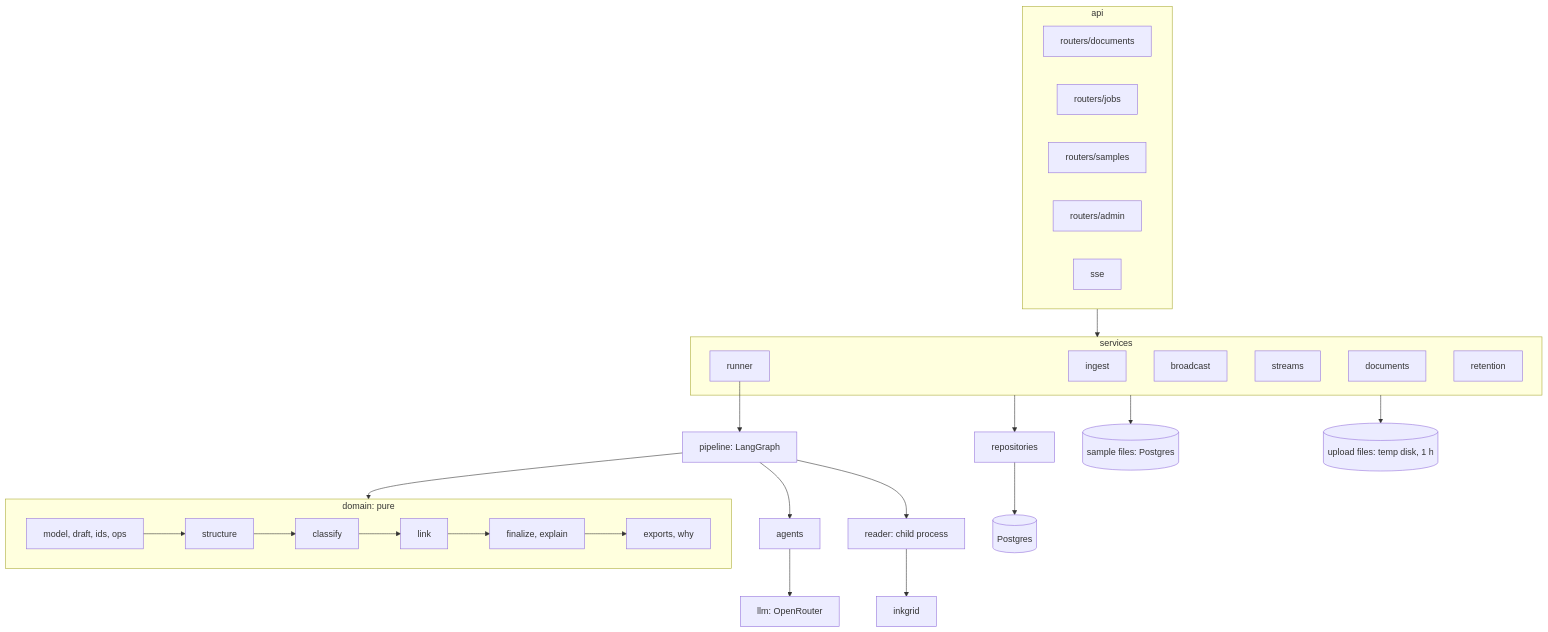
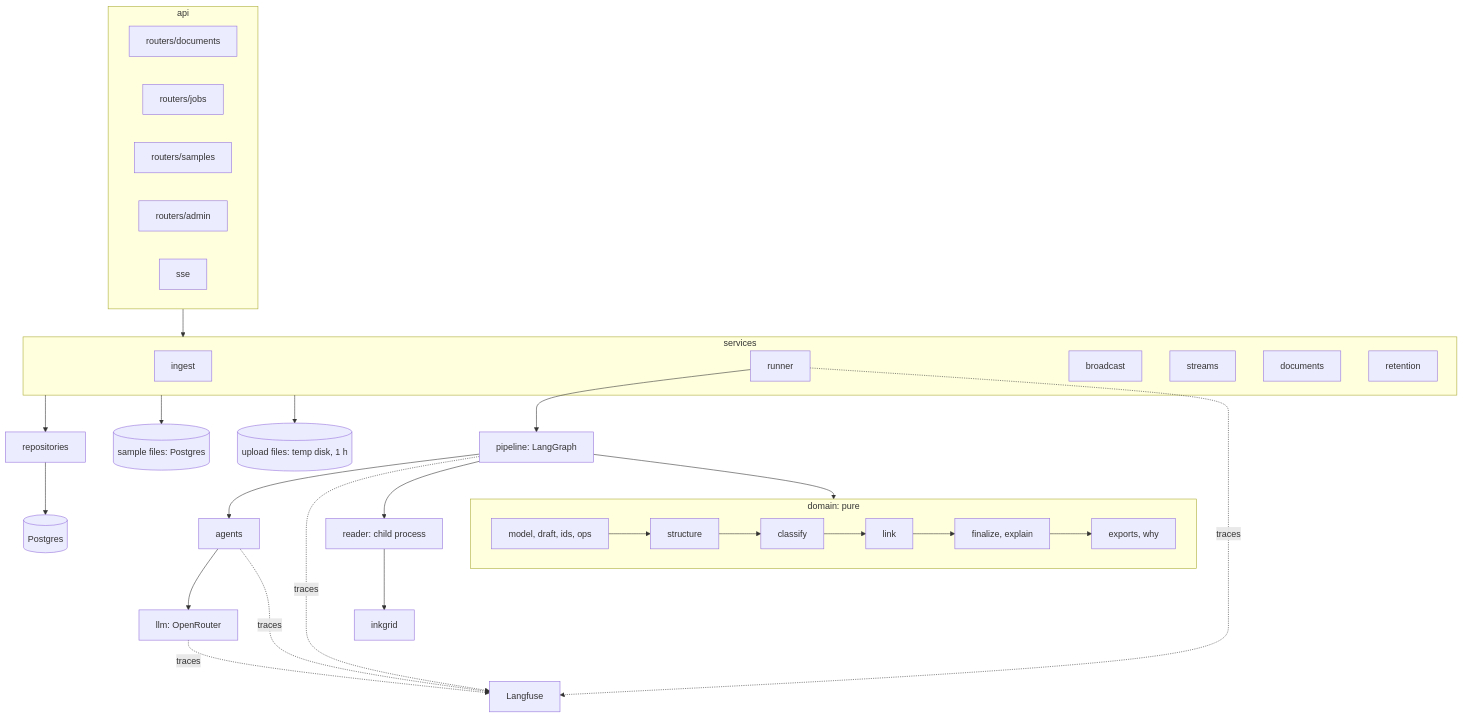
The diagram in docs/ARCHITECTURE.md (Abdul-Muizz1310/inkthread-backend), drawn with Mermaid before and after one commit. The commit also changed other lines of this file and 5 other files, not shown here.

````diff
--- a/docs/ARCHITECTURE.md
+++ b/docs/ARCHITECTURE.md
@@ -3,20 +3,21 @@
 ```mermaid
 flowchart TB
   subgraph API[api]
     R1[routers/documents] & R2[routers/jobs] & R3[routers/samples] & R4[routers/admin] & SSE[sse]
   end
   subgraph SVC[services]
     ING[ingest] & RUN[runner] & BC[broadcast] & STR[streams] & DOC[documents] & RET[retention]
   end
   subgraph CORE[domain: pure]
     M[model, draft, ids, ops] --> S[structure] --> C[classify] --> L[link] --> F[finalize, explain]
     F --> X[exports, why]
   end
   API --> SVC
   RUN --> P[pipeline: LangGraph]
   P --> CORE
   P --> AG[agents] --> LLM[llm: OpenRouter]
+  RUN & P & AG & LLM -.->|traces| LF[Langfuse]
   P --> RD[reader: child process] --> INK[inkgrid]
   SVC --> REPO[repositories] --> DB[(Postgres)]
   SVC --> BL[(sample files: Postgres)] & UP[(upload files: temp disk, 1 h)]
 ```
````
